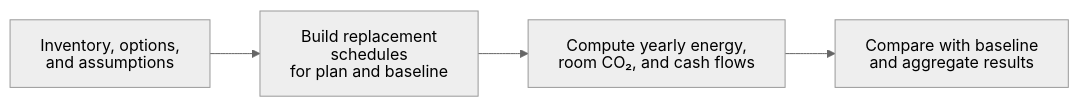
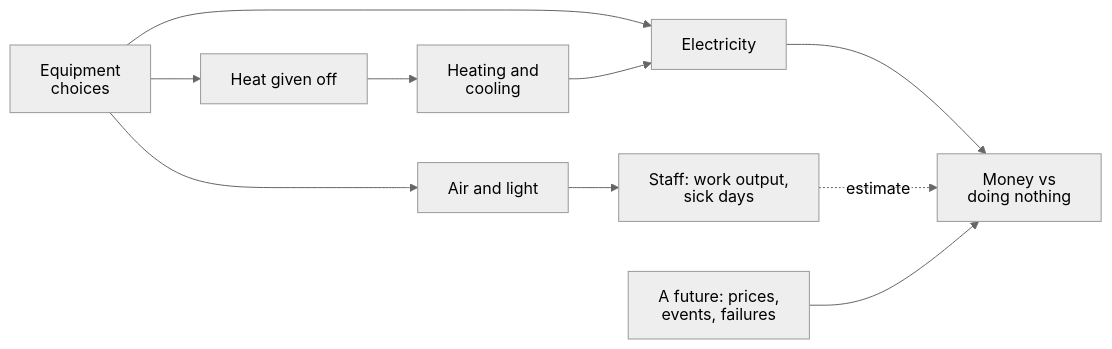
One commit to enoptim/lauzhack changed the diagram in submission/technical-report/engine.mmd. Above: the diagram before and after it, drawn with Mermaid. The commit also changed 1 other file, not shown here.

Commit message:
Technical report: DigiBuild title, the engine as a graph of coupled effects, three modes
- Title DigiBuild.
- Engine section: the equipment's effects on electricity, heat, and air and
  light feed into each other (examples: lights and heating/cooling, blinds and
  daylight, ventilation and CO2, laptops and desks), staff effects shown as an
  estimate apart from cash, and the three modes (fixed run, 200 futures,
  Explore).
- Diagram: the coupling graph instead of a generic pipeline.
Needs a rebuild with make -C submission/technical-report (checks one page).

```diff
--- a/submission/technical-report/engine.mmd
+++ b/submission/technical-report/engine.mmd
@@ -1,9 +1,14 @@
 ---
 config:
   theme: neutral
   htmlLabels: false
 ---
 flowchart LR
-    A["Inventory, options,<br/>and assumptions"] --> B["Build replacement schedules<br/>for plan and baseline"]
-    B --> C["Compute yearly energy,<br/>room CO₂, and cash flows"]
-    C --> D["Compare with baseline<br/>and aggregate results"]
+    E["Equipment<br/>choices"] --> P["Electricity"]
+    E --> H["Heat given off"]
+    E --> A["Air and light"]
+    H --> C["Heating and<br/>cooling"] --> P
+    A --> S["Staff: work output,<br/>sick days"]
+    P --> M["Money vs<br/>doing nothing"]
+    S -. "estimate" .-> M
+    F["A future: prices,<br/>events, failures"] --> M
```
